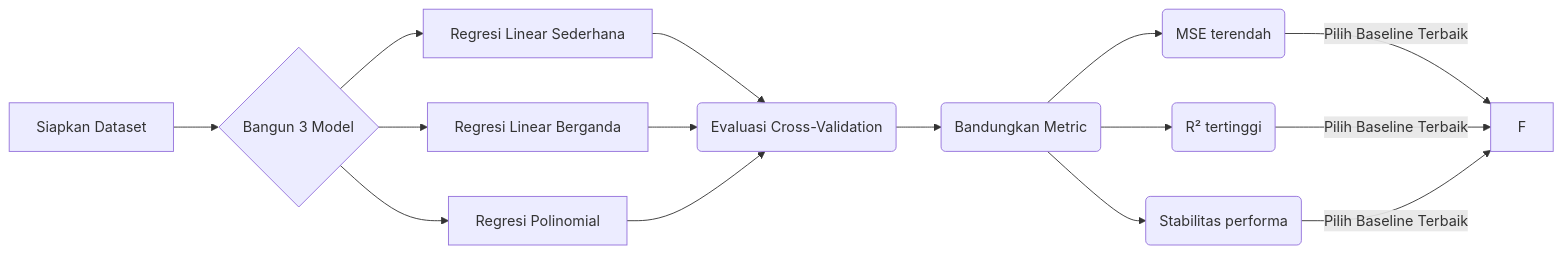
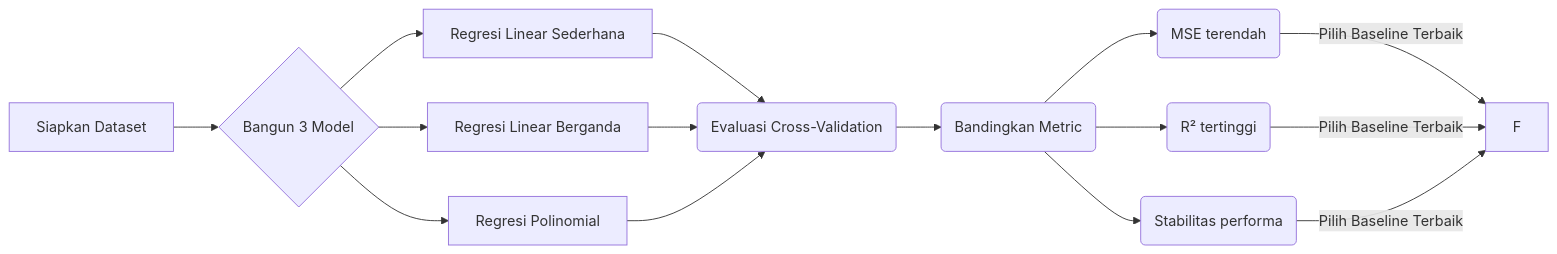
Before and after one commit to AkbarArsanata/Analisis-Freelancer: the second of 2 diagrams in README.md, drawn with Mermaid. The commit also changed other lines of this file, not shown here.

````diff
--- a/README.md
+++ b/README.md
@@ -143,21 +131,21 @@
 ```mermaid
 graph LR
   A[Siapkan Dataset] --> B{Bangun 3 Model}
   B --> B1[Regresi Linear Sederhana]
   B --> B2[Regresi Linear Berganda] 
   B --> B3[Regresi Polinomial]
 
   B1-->C(Evaluasi Cross-Validation)
   B2-->C 
   B3-->C
 
-  C-->D(Bandungkan Metric)
+  C-->D(Bandingkan Metric)
   
   D-->E1(MSE terendah)
   D-->E2(R² tertinggi)
   D-->E3(Stabilitas performa)
 
    E1-->|Pilih Baseline Terbaik|F 
    E2-->|Pilih Baseline Terbaik|F 
-   E3-->|Pilih Baseline Terbaik|F 
+   E3-->|Pilih Baseline Terbaik|F
 ```
````
